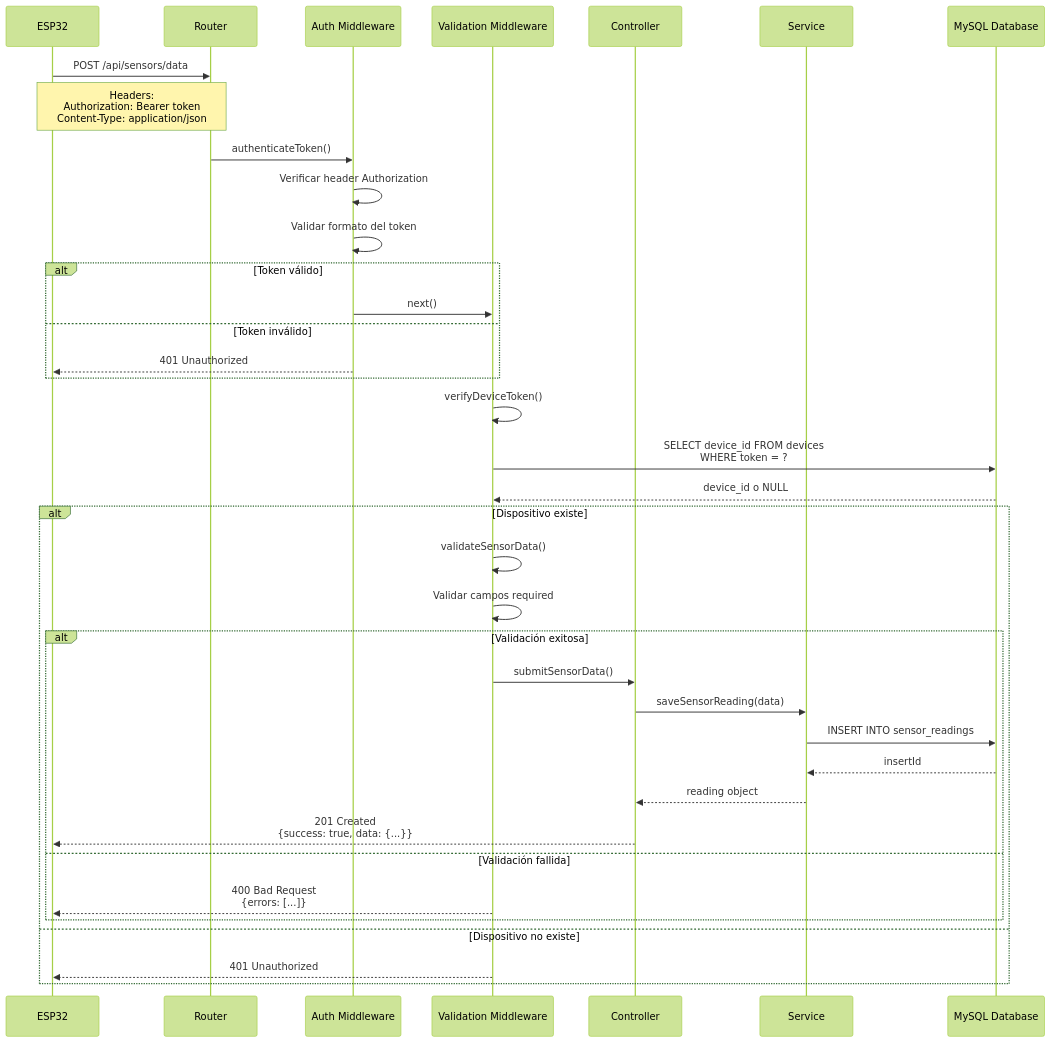
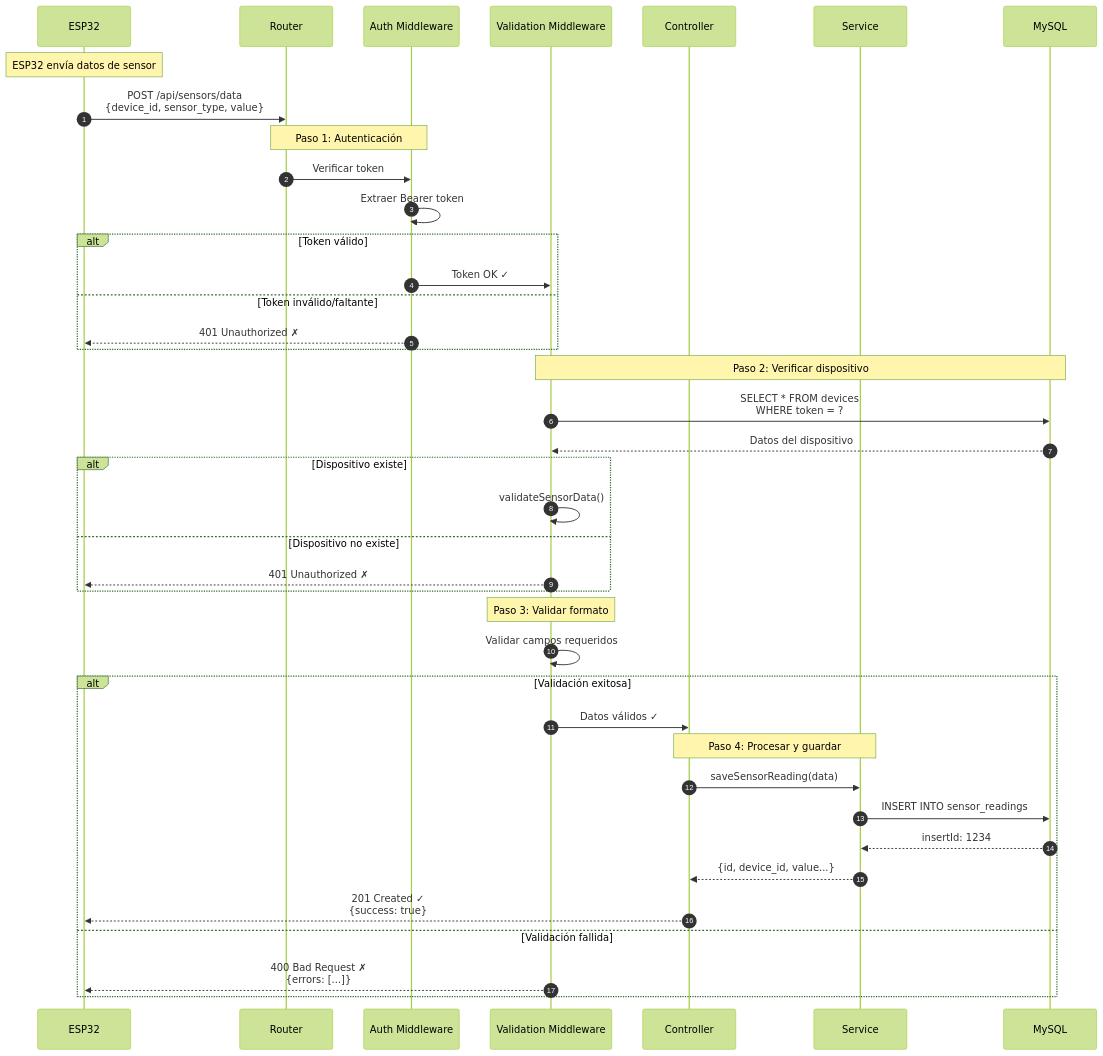
One commit to cristopher281/Port-n-ESP32 changed the second of 11 diagrams in docs/DATA_FLOW.md. Above: the diagram before and after it, drawn with Mermaid (forest theme). The commit also changed other lines of this file, not shown here.

Commit message:
feat: Implement core backend and frontend services including database schema, user authentication, and device/sensor API interactions.

````diff
--- a/docs/DATA_FLOW.md
+++ b/docs/DATA_FLOW.md
@@ -64,45 +97,49 @@
 ```mermaid
 sequenceDiagram
-    participant ESP32
-    participant Router
-    participant AuthMW as Auth Middleware
-    participant ValidMW as Validation Middleware
-    participant Controller
-    participant Service
-    participant DB as MySQL Database
-
-    ESP32->>Router: POST /api/sensors/data
-    Note over ESP32,Router: Headers:<br/>Authorization: Bearer token<br/>Content-Type: application/json
+    autonumber
+    participant ESP as ESP32
+    participant R as Router
+    participant A as Auth Middleware
+    participant V as Validation Middleware
+    participant C as Controller
+    participant S as Service
+    participant DB as MySQL
     
-    Router->>AuthMW: authenticateToken()
-    AuthMW->>AuthMW: Verificar header Authorization
-    AuthMW->>AuthMW: Validar formato del token
+    Note over ESP: ESP32 envía datos de sensor
+    ESP->>R: POST /api/sensors/data<br/>{device_id, sensor_type, value}
+    
+    Note over R,A: Paso 1: Autenticación
+    R->>A: Verificar token
+    A->>A: Extraer Bearer token
     
     alt Token válido
-        AuthMW->>ValidMW: next()
-    else Token inválido
-        AuthMW-->>ESP32: 401 Unauthorized
+        A->>V: Token OK ✓
+    else Token inválido/faltante
+        A-->>ESP: 401 Unauthorized ✗
     end
     
-    ValidMW->>ValidMW: verifyDeviceToken()
-    ValidMW->>DB: SELECT device_id FROM devices<br/>WHERE token = ?
-    DB-->>ValidMW: device_id o NULL
+    Note over V,DB: Paso 2: Verificar dispositivo
+    V->>DB: SELECT * FROM devices<br/>WHERE token = ?
+    DB-->>V: Datos del dispositivo
     
     alt Dispositivo existe
-        ValidMW->>ValidMW: validateSensorData()
-        ValidMW->>ValidMW: Validar campos required
-        
-        alt Validación exitosa
-            ValidMW->>Controller: submitSensorData()
-            Controller->>Service: saveSensorReading(data)
-            Service->>DB: INSERT INTO sensor_readings
-            DB-->>Service: insertId
-            Service-->>Controller: reading object
-            Controller-->>ESP32: 201 Created<br/>{success: true, data: {...}}
-        else Validación fallida
-            ValidMW-->>ESP32: 400 Bad Request<br/>{errors: [...]}
-        end
+        V->>V: validateSensorData()
     else Dispositivo no existe
-        ValidMW-->>ESP32: 401 Unauthorized
+        V-->>ESP: 401 Unauthorized ✗
+    end
+    
+    Note over V: Paso 3: Validar formato
+    V->>V: Validar campos requeridos
+    
+    alt Validación exitosa
+        V->>C: Datos válidos ✓
+        Note over C,S: Paso 4: Procesar y guardar
+        C->>S: saveSensorReading(data)
+        S->>DB: INSERT INTO sensor_readings
+        DB-->>S: insertId: 1234
+        S-->>C: {id, device_id, value...}
+        C-->>ESP: 201 Created ✓<br/>{success: true}
+    else Validación fallida
+        V-->>ESP: 400 Bad Request ✗<br/>{errors: [...]}
     end
 ```
````
